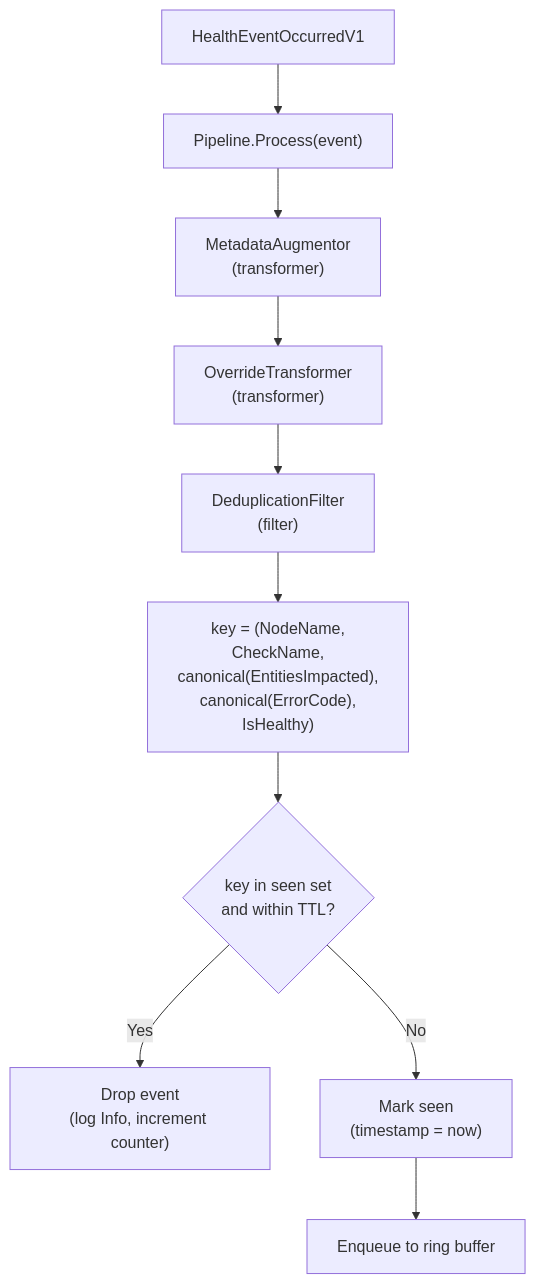
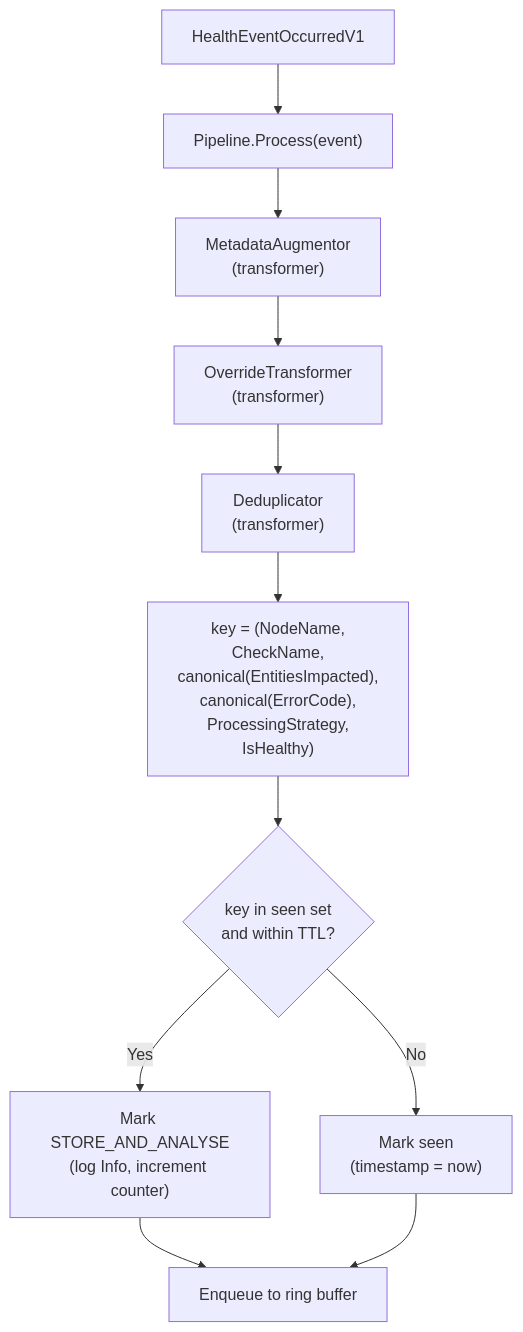
The diagram in docs/designs/039-health-event-deduplication.md (rupalis-nv/NVSentinel), drawn with Mermaid before and after one commit. The commit also changed other lines of this file and 42 other files, not shown here.

Commit message:
feat: add health event deduplication in platform connector (#1283)

````diff
--- a/docs/designs/039-health-event-deduplication.md
+++ b/docs/designs/039-health-event-deduplication.md
@@ -25,12 +25,13 @@
 ```mermaid
 flowchart TD
     Recv["HealthEventOccurredV1"] --> Pipe["Pipeline.Process(event)"]
     Pipe --> MA["MetadataAugmentor<br/>(transformer)"]
     MA --> OT["OverrideTransformer<br/>(transformer)"]
-    OT --> Dedup["DeduplicationFilter<br/>(filter)"]
-    Dedup --> KeyExtract["key = (NodeName,<br/>CheckName,<br/>canonical(EntitiesImpacted),<br/>canonical(ErrorCode),<br/>IsHealthy)"]
+    OT --> Dedup["Deduplicator<br/>(transformer)"]
+    Dedup --> KeyExtract["key = (NodeName,<br/>CheckName,<br/>canonical(EntitiesImpacted),<br/>canonical(ErrorCode),<br/>ProcessingStrategy,<br/>IsHealthy)"]
     KeyExtract --> Seen{"key in seen set<br/>and within TTL?"}
-    Seen -->|Yes| Drop["Drop event<br/>(log Info, increment counter)"]
+    Seen -->|Yes| StoreAndAnalyse["Mark STORE_AND_ANALYSE<br/>(log Info, increment counter)"]
     Seen -->|No| Mark["Mark seen<br/>(timestamp = now)"]
-    Mark --> Enqueue["Enqueue to ring buffer"]
+    StoreAndAnalyse --> Enqueue["Enqueue to ring buffer"]
+    Mark --> Enqueue
 ```
````
